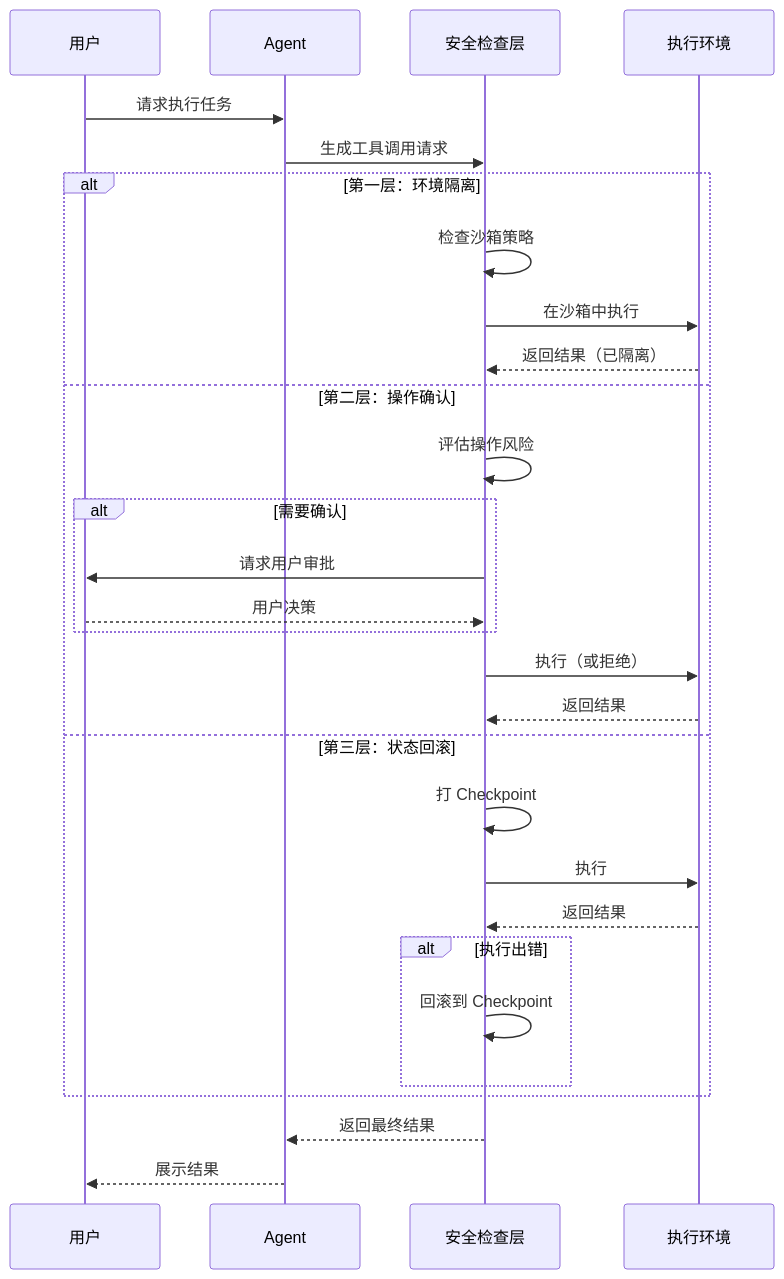
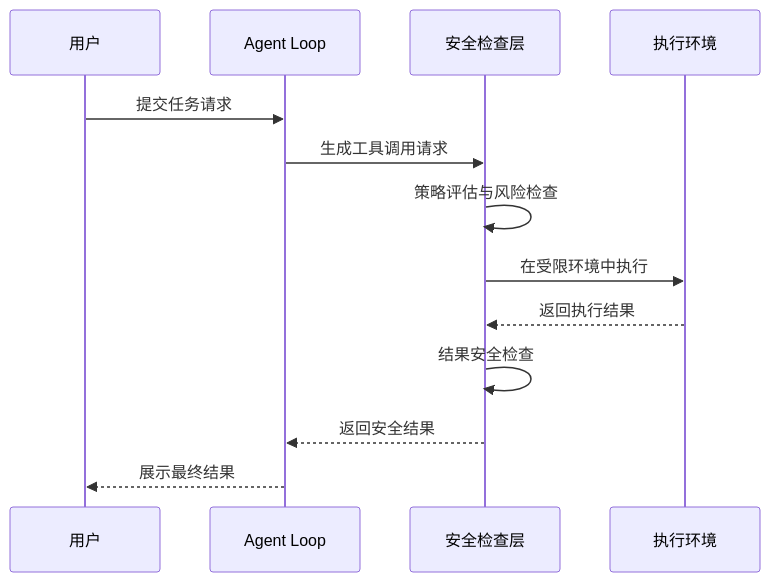
Diagram 12 of 15 in docs/comm/10-comm-safety-control.md (giraffe-tree/agent-base), drawn with Mermaid before and after one commit. The commit also changed other lines of this file and 155 other files, not shown here.

````diff
--- a/docs/comm/10-comm-safety-control.md
+++ b/docs/comm/10-comm-safety-control.md
@@ -310,34 +650,16 @@
 ```mermaid
 sequenceDiagram
     participant U as 用户
-    participant A as Agent
+    participant A as Agent Loop
     participant S as 安全检查层
     participant E as 执行环境
 
-    U->>A: 请求执行任务
+    U->>A: 提交任务请求
     A->>S: 生成工具调用请求
-
-    alt 第一层：环境隔离
-        S->>S: 检查沙箱策略
-        S->>E: 在沙箱中执行
-        E-->>S: 返回结果（已隔离）
-    else 第二层：操作确认
-        S->>S: 评估操作风险
-        alt 需要确认
-            S->>U: 请求用户审批
-            U-->>S: 用户决策
-        end
-        S->>E: 执行（或拒绝）
-        E-->>S: 返回结果
-    else 第三层：状态回滚
-        S->>S: 打 Checkpoint
-        S->>E: 执行
-        E-->>S: 返回结果
-        alt 执行出错
-            S->>S: 回滚到 Checkpoint
-        end
-    end
-
-    S-->>A: 返回最终结果
-    A-->>U: 展示结果
+    S->>S: 策略评估与风险检查
+    S->>E: 在受限环境中执行
+    E-->>S: 返回执行结果
+    S->>S: 结果安全检查
+    S-->>A: 返回安全结果
+    A-->>U: 展示最终结果
 ```
````
